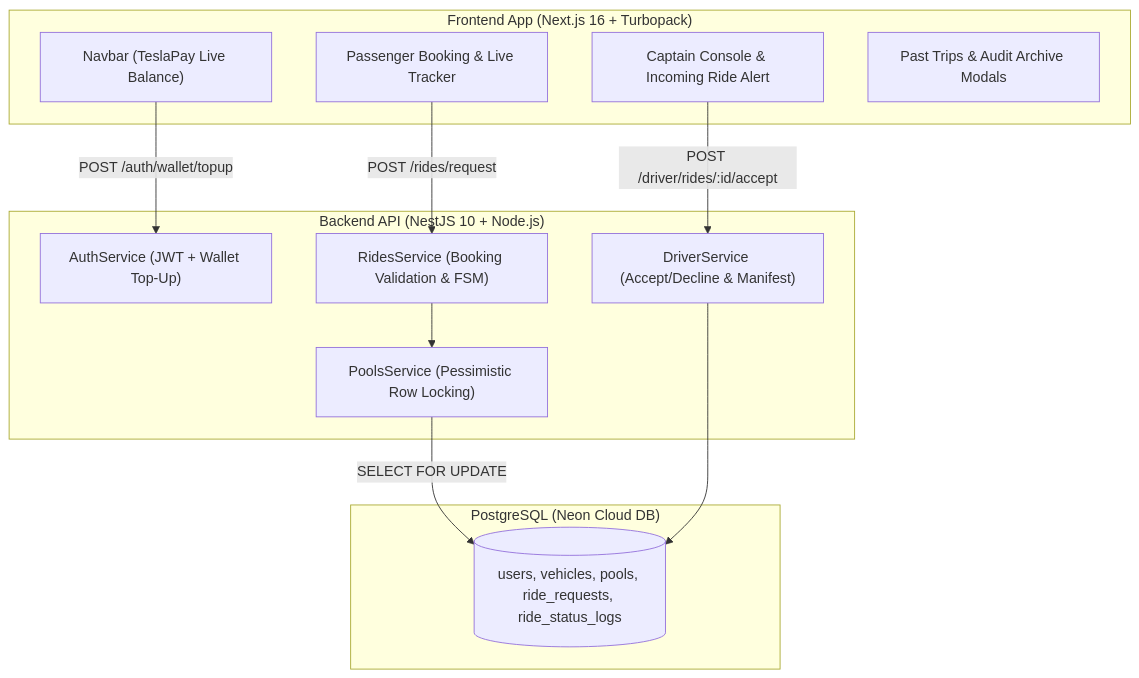
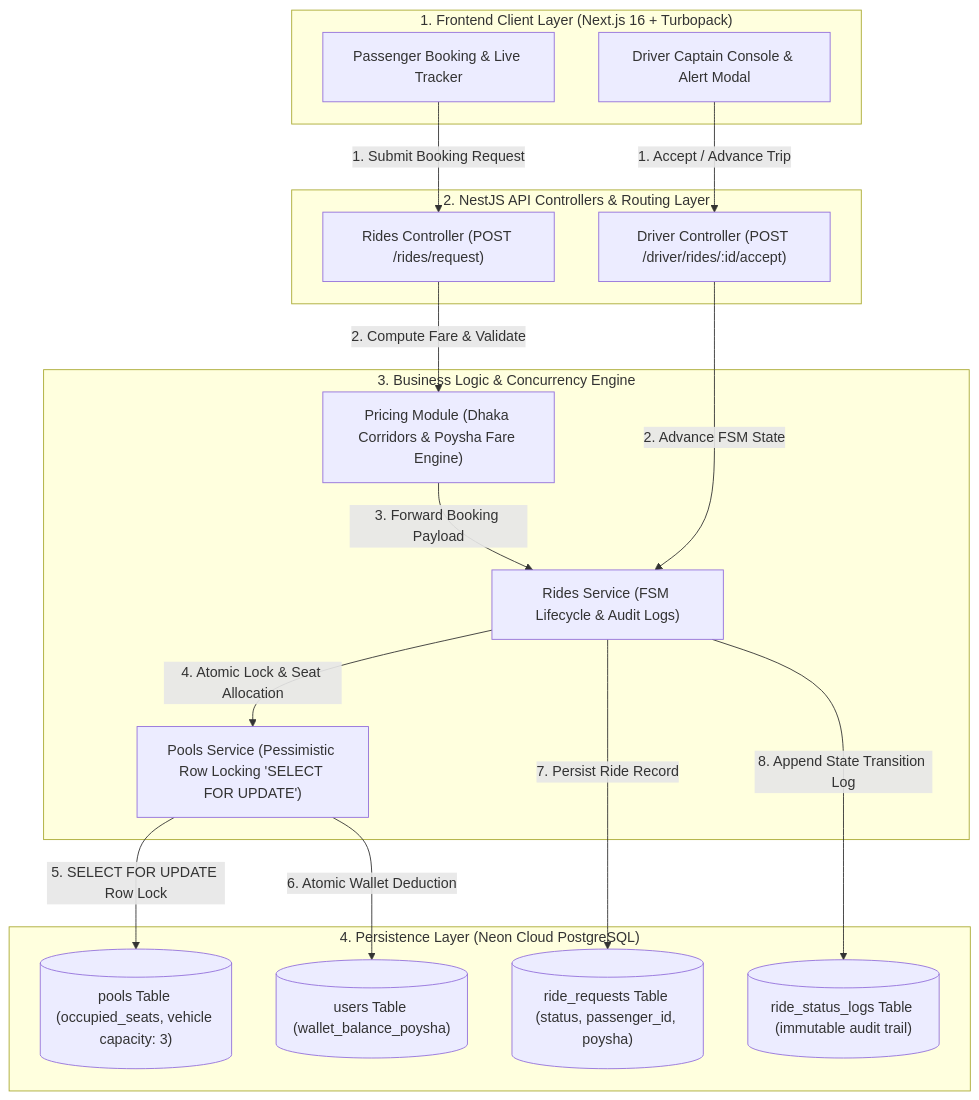
Before and after one commit to ranak8811/Dhaka-Tesla-Pool-Client: the diagram in README.md, drawn with Mermaid. The commit also changed other lines of this file, not shown here.

Commit message:
docs(readme): link 6-minute video demonstration

````diff
--- a/README.md
+++ b/README.md
@@ -111,27 +111,40 @@
 ```mermaid
 flowchart TD
-    subgraph Client ["Frontend App (Next.js 16 + Turbopack)"]
-        Nav["Navbar (TeslaPay Live Balance)"]
+    subgraph Client ["1. Frontend Client Layer (Next.js 16 + Turbopack)"]
         PassengerView["Passenger Booking & Live Tracker"]
-        DriverConsole["Captain Console & Incoming Ride Alert"]
-        HistoryModals["Past Trips & Audit Archive Modals"]
+        DriverConsole["Driver Captain Console & Alert Modal"]
     end
 
-    subgraph Backend ["Backend API (NestJS 10 + Node.js)"]
-        AuthSvc["AuthService (JWT + Wallet Top-Up)"]
-        RidesSvc["RidesService (Booking Validation & FSM)"]
-        PoolsSvc["PoolsService (Pessimistic Row Locking)"]
-        DriverSvc["DriverService (Accept/Decline & Manifest)"]
+    subgraph Backend ["2. NestJS API Controllers & Routing Layer"]
+        RidesCtrl["Rides Controller (POST /rides/request)"]
+        DriverCtrl["Driver Controller (POST /driver/rides/:id/accept)"]
     end
 
-    subgraph Database ["PostgreSQL (Neon Cloud DB)"]
-        DB[("users, vehicles, pools, ride_requests, ride_status_logs")]
+    subgraph CoreServices ["3. Business Logic & Concurrency Engine"]
+        PricingSvc["Pricing Module (Dhaka Corridors & Poysha Fare Engine)"]
+        RidesSvc["Rides Service (FSM Lifecycle & Audit Logs)"]
+        PoolsSvc["Pools Service (Pessimistic Row Locking 'SELECT FOR UPDATE')"]
     end
 
-    PassengerView -->|POST /rides/request| RidesSvc
-    DriverConsole -->|POST /driver/rides/:id/accept| DriverSvc
-    Nav -->|POST /auth/wallet/topup| AuthSvc
-    RidesSvc --> PoolsSvc
-    PoolsSvc -->|SELECT FOR UPDATE| DB
-    DriverSvc --> DB
+    subgraph Database ["4. Persistence Layer (Neon Cloud PostgreSQL)"]
+        PoolTable[("pools Table (occupied_seats, vehicle capacity: 3)")]
+        UserTable[("users Table (wallet_balance_poysha)")]
+        RideTable[("ride_requests Table (status, passenger_id, poysha)")]
+        AuditTable[("ride_status_logs Table (immutable audit trail)")]
+    end
+
+    %% Vertical Cross-Layer Data Flow
+    PassengerView -->|"1. Submit Booking Request"| RidesCtrl
+    DriverConsole -->|"1. Accept / Advance Trip"| DriverCtrl
+
+    RidesCtrl -->|"2. Compute Fare & Validate"| PricingSvc
+    PricingSvc -->|"3. Forward Booking Payload"| RidesSvc
+    DriverCtrl -->|"2. Advance FSM State"| RidesSvc
+
+    RidesSvc -->|"4. Atomic Lock & Seat Allocation"| PoolsSvc
+
+    PoolsSvc -->|"5. SELECT FOR UPDATE Row Lock"| PoolTable
+    PoolsSvc -->|"6. Atomic Wallet Deduction"| UserTable
+    RidesSvc -->|"7. Persist Ride Record"| RideTable
+    RidesSvc -->|"8. Append State Transition Log"| AuditTable
 ```
````
